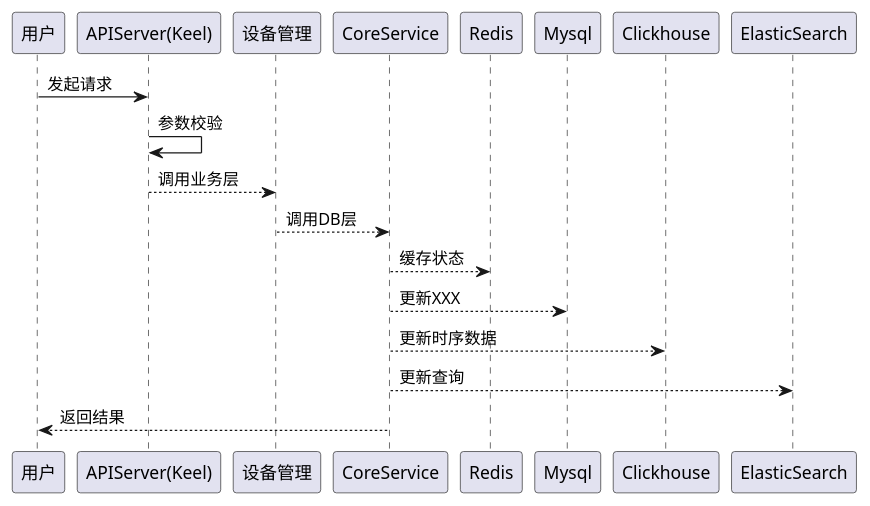
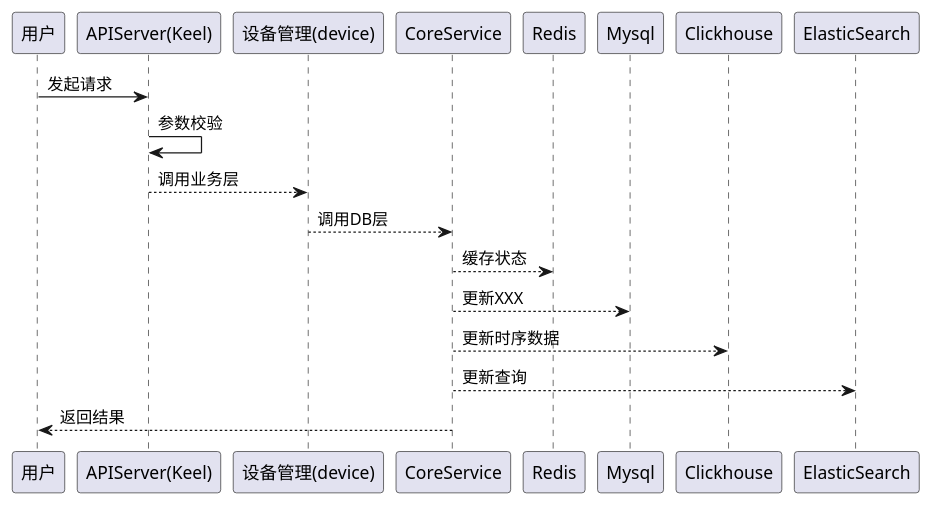
One commit to tkeel-io/docs changed the second of 4 diagrams in docs/api/appendix/plantuml/example.md. Above: the diagram before and after it, drawn with PlantUML. The commit also changed 81 other files, not shown here.

````diff
--- a/docs/api/appendix/plantuml/example.md
+++ b/docs/api/appendix/plantuml/example.md
@@ -24,19 +24,19 @@
 ```plantuml
 participant "用户" as user
 participant "APIServer(Keel)"  as keel
-participant "设备管理"  as device
+participant "设备管理(device)"  as device
 participant "CoreService"  as core
 participant "Redis"  as redis
 participant "Mysql"  as mysql
 participant "Clickhouse"  as ck
 participant "ElasticSearch"  as es
 user -> keel : 发起请求
 keel -> keel : 参数校验
 keel --> device : 调用业务层
 device --> core : 调用DB层
 core --> redis : 缓存状态
 core --> mysql : 更新XXX
 core --> ck : 更新时序数据
 core --> es : 更新查询
 core --> user : 返回结果
 ```
````
